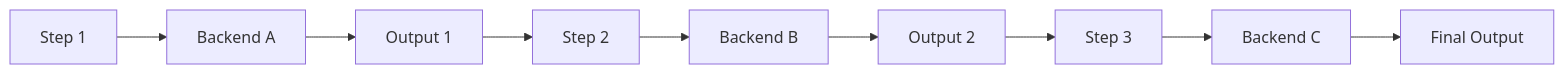
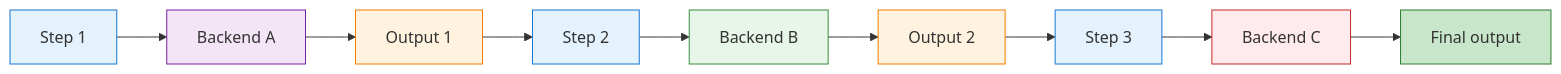
Before and after one commit to signalridge/clinvoker: the fourth of 4 diagrams in docs/development/architecture.md, drawn with Mermaid. The commit also changed other lines of this file and 14 other files, not shown here.

First line of the commit message:
docs: add Integration section and refine Mermaid diagrams

````diff
--- a/docs/development/architecture.md
+++ b/docs/development/architecture.md
@@ -166,11 +184,21 @@
 ```mermaid
-graph LR
-    S1[Step 1] --> B1[Backend A]
-    B1 --> O1[Output 1]
-    O1 --> S2[Step 2]
-    S2 --> B2[Backend B]
-    B2 --> O2[Output 2]
-    O2 --> S3[Step 3]
-    S3 --> B3[Backend C]
-    B3 --> Final[Final Output]
+flowchart LR
+    S1["Step 1"] --> B1["Backend A"]
+    B1 --> O1["Output 1"]
+    O1 --> S2["Step 2"]
+    S2 --> B2["Backend B"]
+    B2 --> O2["Output 2"]
+    O2 --> S3["Step 3"]
+    S3 --> B3["Backend C"]
+    B3 --> Final["Final output"]
+
+    style S1 fill:#e3f2fd,stroke:#1976d2
+    style S2 fill:#e3f2fd,stroke:#1976d2
+    style S3 fill:#e3f2fd,stroke:#1976d2
+    style B1 fill:#f3e5f5,stroke:#7b1fa2
+    style B2 fill:#e8f5e9,stroke:#388e3c
+    style B3 fill:#ffebee,stroke:#c62828
+    style O1 fill:#fff3e0,stroke:#f57c00
+    style O2 fill:#fff3e0,stroke:#f57c00
+    style Final fill:#c8e6c9,stroke:#2e7d32
 ```
````
